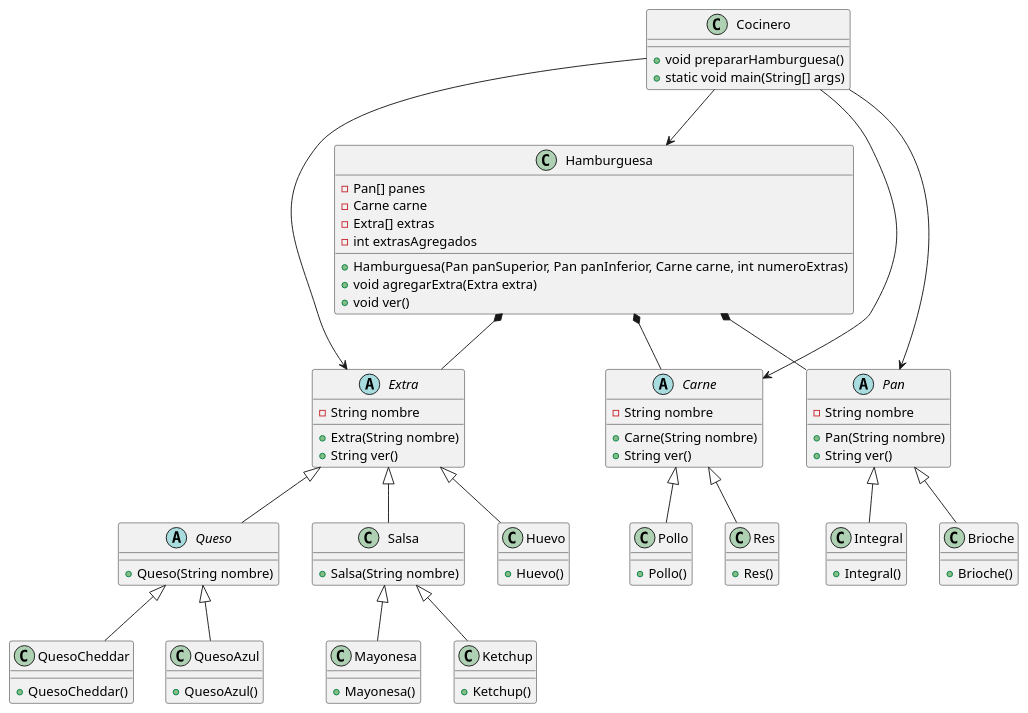
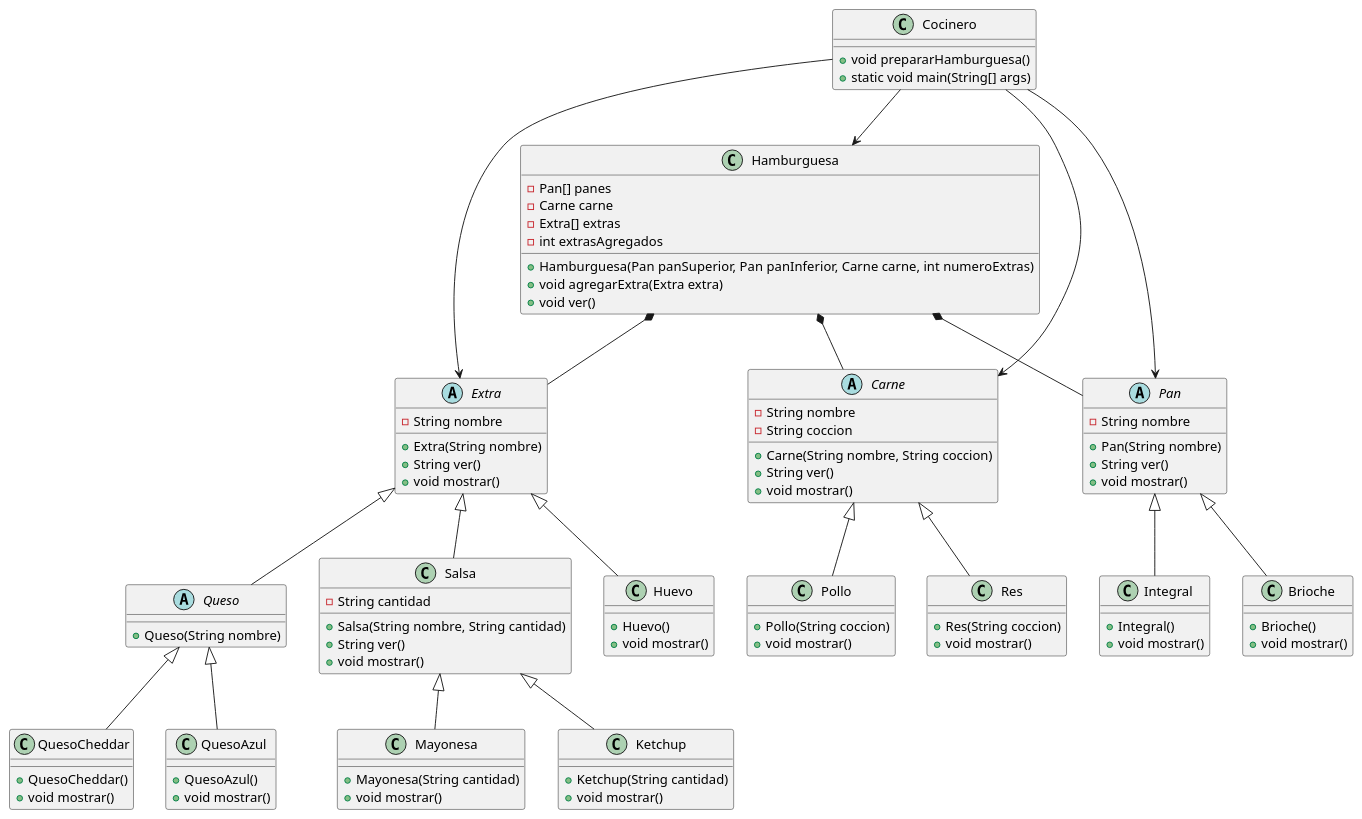
Before and after one commit to mmasias/23-24-pyBurguer: the diagram in modelosUML/modelo.puml, drawn with PlantUML. The commit also changed 30 other files, not shown here.

```diff
--- a/modelosUML/modelo.puml
+++ b/modelosUML/modelo.puml
@@ -1,88 +1,104 @@
 @startuml
 
 abstract class Extra {
     -String nombre
     +Extra(String nombre)
     +String ver()
+    +void mostrar()
 }
 
 abstract class Queso extends Extra {
     +Queso(String nombre)
 }
 
 class QuesoCheddar extends Queso {
     +QuesoCheddar()
+    +void mostrar()
 }
 
 class QuesoAzul extends Queso {
     +QuesoAzul()
+    +void mostrar()
 }
 
 class Salsa extends Extra {
-    +Salsa(String nombre)
+    -String cantidad
+    +Salsa(String nombre, String cantidad)
+    +String ver()
+    +void mostrar()
 }
 
 class Mayonesa extends Salsa {
-    +Mayonesa()
+    +Mayonesa(String cantidad)
+    +void mostrar()
 }
 
 class Ketchup extends Salsa {
-    +Ketchup()
+    +Ketchup(String cantidad)
+    +void mostrar()
 }
 
 class Huevo extends Extra {
     +Huevo()
+    +void mostrar()
 }
 
 abstract class Carne {
     -String nombre
-    +Carne(String nombre)
+    -String coccion
+    +Carne(String nombre, String coccion)
     +String ver()
+    +void mostrar()
 }
 
 class Res extends Carne {
-    +Res()
+    +Res(String coccion)
+    +void mostrar()
 }
 
 class Pollo extends Carne {
-    +Pollo()
+    +Pollo(String coccion)
+    +void mostrar()
 }
 
 abstract class Pan {
     -String nombre
     +Pan(String nombre)
     +String ver()
+    +void mostrar()
 }
 
 class Brioche extends Pan {
     +Brioche()
+    +void mostrar()
 }
 
 class Integral extends Pan {
     +Integral()
+    +void mostrar()
 }
 
 class Hamburguesa {
     -Pan[] panes
     -Carne carne
     -Extra[] extras
     -int extrasAgregados
     +Hamburguesa(Pan panSuperior, Pan panInferior, Carne carne, int numeroExtras)
     +void agregarExtra(Extra extra)
     +void ver()
 }
 
 class Cocinero {
     +void prepararHamburguesa()
     +static void main(String[] args)
 }
 
 Cocinero --> Pan
 Cocinero --> Carne
 Cocinero --> Extra
 Cocinero --> Hamburguesa
 Hamburguesa *-- Pan
 Hamburguesa *-- Carne
 Hamburguesa *-- Extra
 
 @enduml
```
